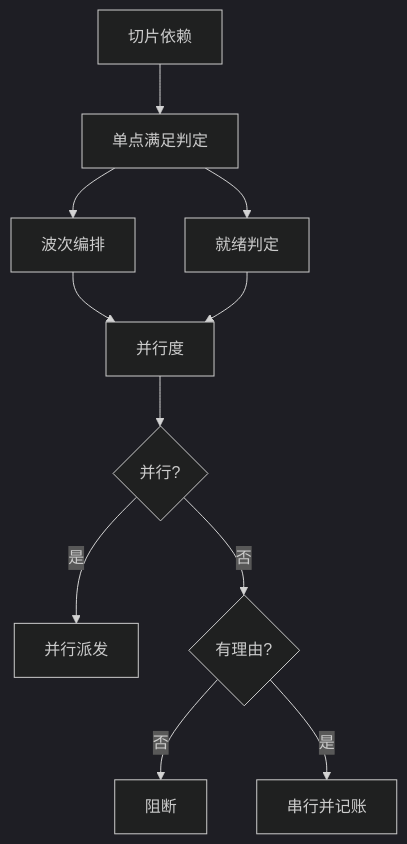
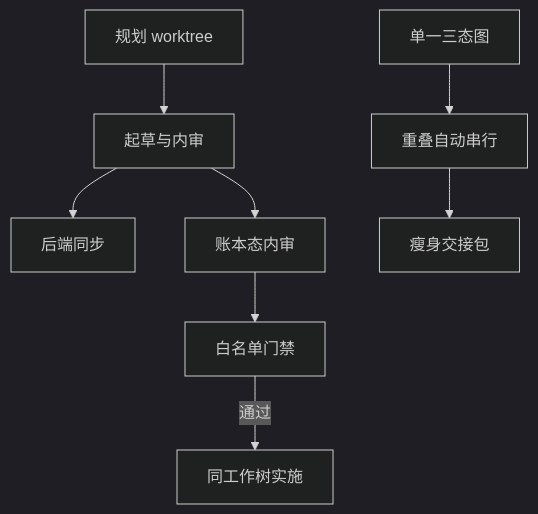
Before and after one commit to FiretrUCK666/project-forge: the diagram in docs/specs/261120-issue120-w25-parallel-dispatch-spec.md, drawn with Mermaid (dark theme). The commit also changed other lines of this file and 1 other file, not shown here.

Commit message:
docs: plan Phase 3A PR-A workflow, planning isolation and slice graph

````diff
--- a/docs/specs/261120-issue120-w25-parallel-dispatch-spec.md
+++ b/docs/specs/261120-issue120-w25-parallel-dispatch-spec.md
@@ -65,13 +65,10 @@
 ```mermaid
 flowchart TD
-  D1["切片依赖"] --> S1["单点满足判定"]
-  S1 --> W1["波次编排"]
-  S1 --> R1["就绪判定"]
-  W1 --> P1["并行度"]
-  R1 --> P1
-  P1 --> O1{"并行?"}
-  O1 -->|是| P2["并行派发"]
-  O1 -->|否| Q1{"有理由?"}
-  Q1 -->|否| B1["阻断"]
-  Q1 -->|是| S2["串行并记账"]
+  P1["规划 worktree"] --> P2["起草与内审"]
+  P2 --> B1["后端同步"]
+  P2 --> L1["账本态内审"]
+  L1 --> G1["白名单门禁"]
+  G1 -->|通过| W1["同工作树实施"]
+  D1["单一三态图"] --> W2["重叠自动串行"]
+  W2 --> H1["瘦身交接包"]
 ```
````
